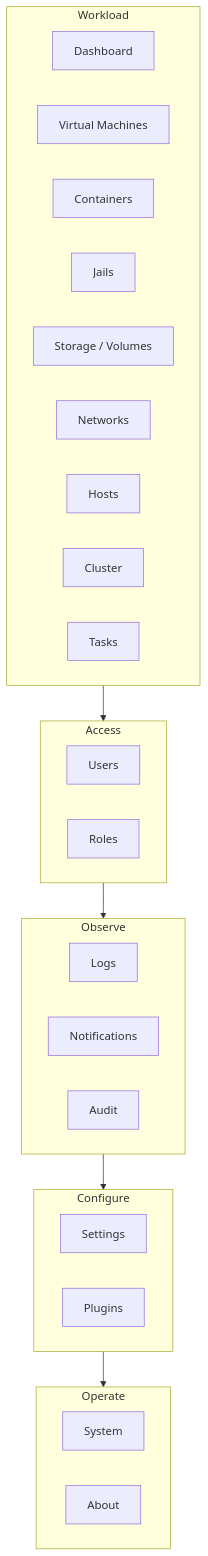
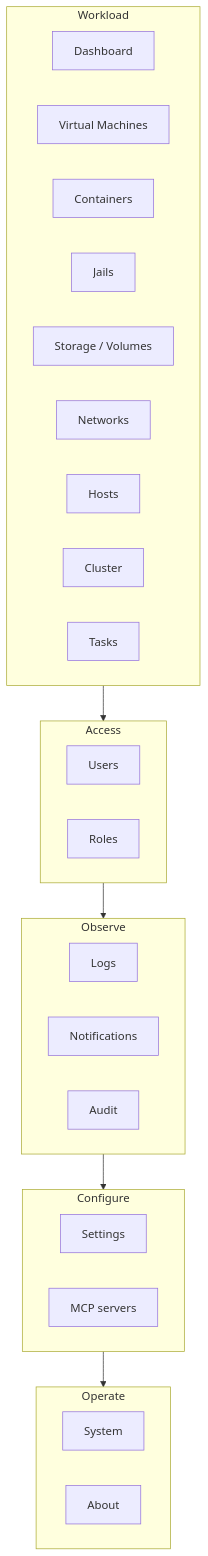
One commit to marklapointe/cloudbsd-ai-www changed the first of 5 diagrams in diagrams/architecture/02-product-ia.md. Above: the diagram before and after it, drawn with Mermaid. The commit also changed other lines of this file and 25 other files, not shown here.

First line of the commit message:
docs: reframe Plugins as MCP extension system

````diff
--- a/diagrams/architecture/02-product-ia.md
+++ b/diagrams/architecture/02-product-ia.md
@@ -10,37 +10,37 @@
 ```mermaid
 flowchart TB
   subgraph Workload
     D[Dashboard]
     VM[Virtual Machines]
     C[Containers]
     J[Jails]
     S[Storage / Volumes]
     N[Networks]
     H[Hosts]
     CL[Cluster]
     T[Tasks]
   end
 
   subgraph Access
     U[Users]
     R[Roles]
   end
 
   subgraph Observe
     L[Logs]
     NO[Notifications]
     A[Audit]
   end
 
   subgraph Configure
     SET[Settings]
-    P[Plugins]
+    MCP[MCP servers]
   end
 
   subgraph Operate
     SYS[System]
     AB[About]
   end
 
   Workload --> Access --> Observe --> Configure --> Operate
 ```
````
